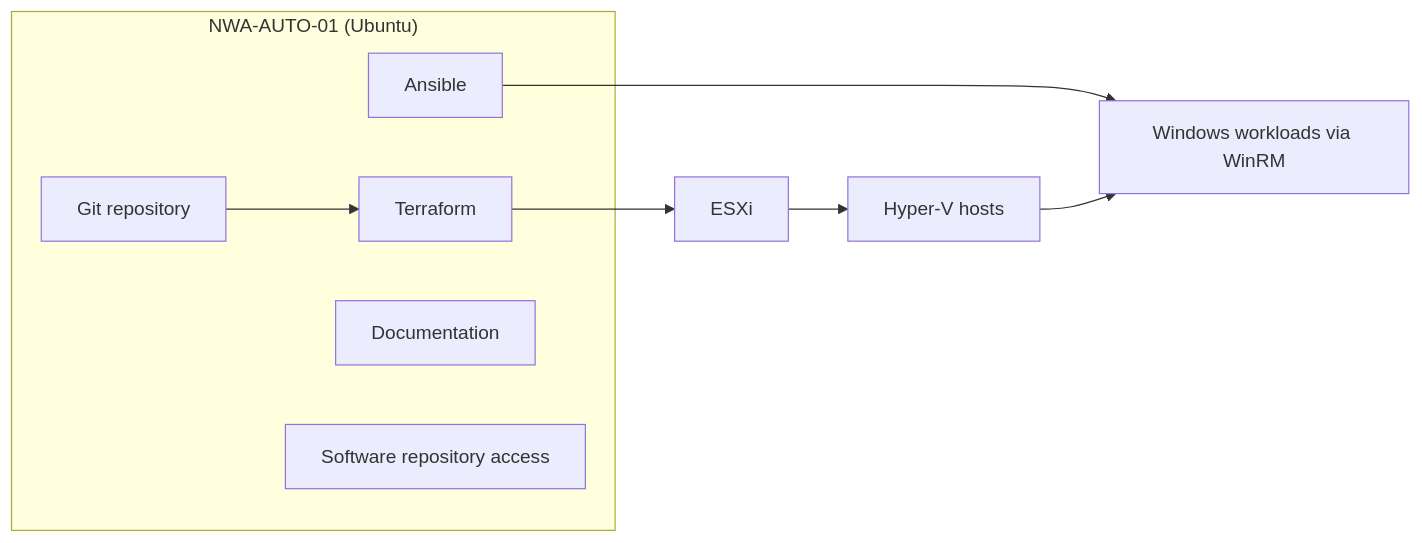
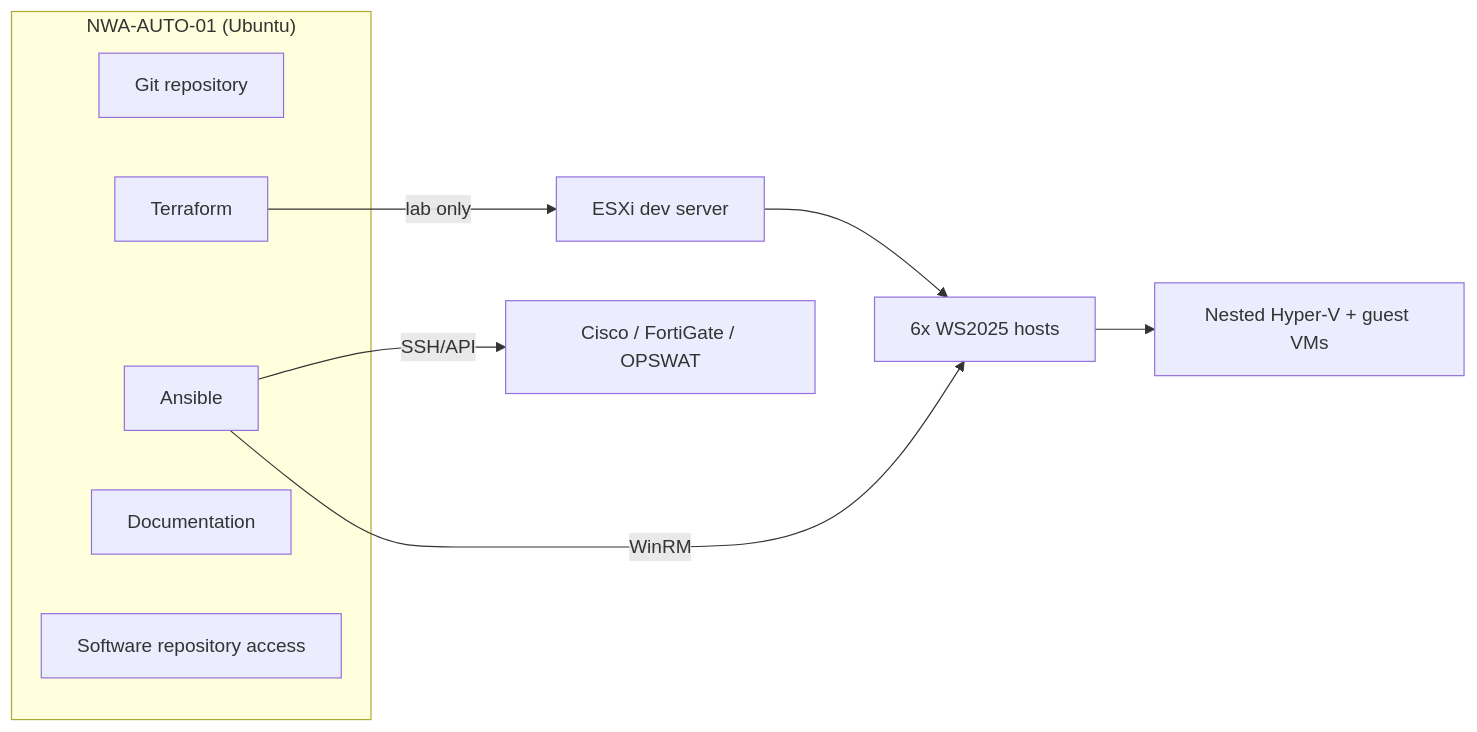
Before and after one commit to ApoloPrado1/hello-world-project: the third of 3 diagrams in docs/ARCHITECTURE.md, drawn with Mermaid. The commit also changed other lines of this file and 3 other files, not shown here.

First line of the commit message:
Clarify deployment model: ESXi-nested lab vs 6 physical hosts

````diff
--- a/docs/ARCHITECTURE.md
+++ b/docs/ARCHITECTURE.md
@@ -62,15 +132,16 @@
 ```mermaid
 flowchart LR
     subgraph AUTO["NWA-AUTO-01 (Ubuntu)"]
         GIT[Git repository]
         TF[Terraform]
         ANS[Ansible]
         DOC[Documentation]
         REPO[Software repository access]
     end
 
-    GIT --> TF --> ESXi
-    ANS --> WIN[Windows workloads via WinRM]
-    ESXi --> HV[Hyper-V hosts]
-    HV --> WIN
+    TF -->|lab only| ESXi[ESXi dev server]
+    ESXi --> VH[6x WS2025 hosts]
+    ANS -->|WinRM| VH
+    VH --> HV[Nested Hyper-V + guest VMs]
+    ANS -->|SSH/API| NET[Cisco / FortiGate / OPSWAT]
 ```
````
